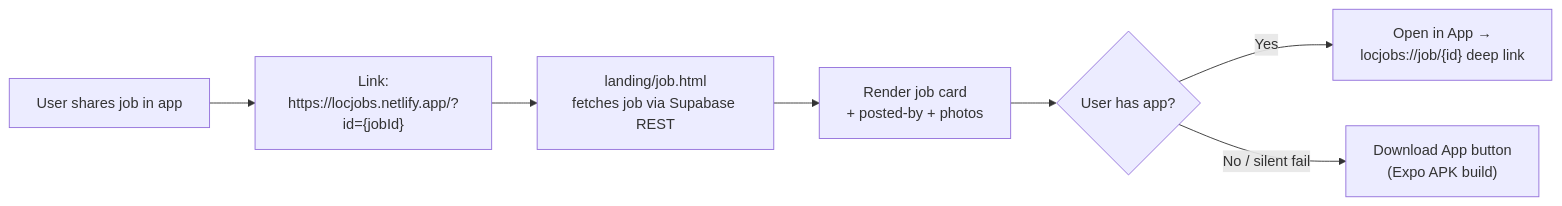
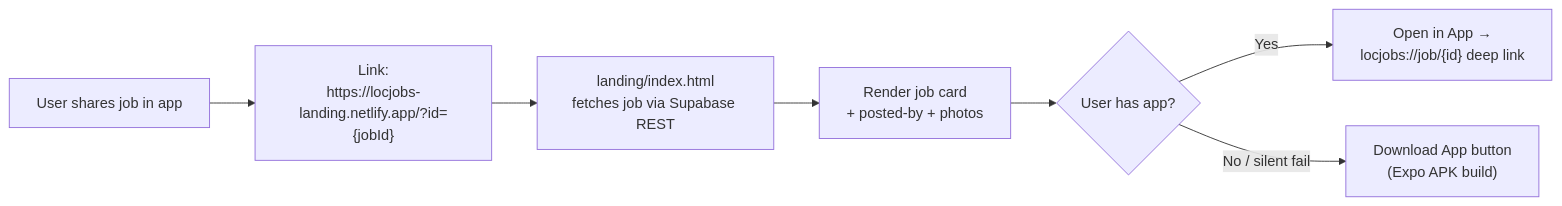
Before and after one commit to phyothant-dev/loc-jobs: the seventh of 8 diagrams in FLOWCHART.md, drawn with Mermaid. The commit also changed other lines of this file and 6 other files, not shown here.

Commit message:
feat: responsive landing page (index.html + redirects), fix share URL, document CV feature

````diff
--- a/FLOWCHART.md
+++ b/FLOWCHART.md
@@ -161,9 +161,9 @@
 ```mermaid
 flowchart LR
-    A["User shares job in app"] --> B["Link:<br/>https://locjobs.netlify.app/?id={jobId}"]
-    B --> C["landing/job.html<br/>fetches job via Supabase REST"]
+    A["User shares job in app"] --> B["Link:<br/>https://locjobs-landing.netlify.app/?id={jobId}"]
+    B --> C["landing/index.html<br/>fetches job via Supabase REST"]
     C --> D["Render job card<br/>+ posted-by + photos"]
     D --> E{"User has app?"}
     E -- "Yes" --> F["Open in App →<br/>locjobs://job/{id} deep link"]
     E -- "No / silent fail" --> G["Download App button<br/>(Expo APK build)"]
 ```
````
